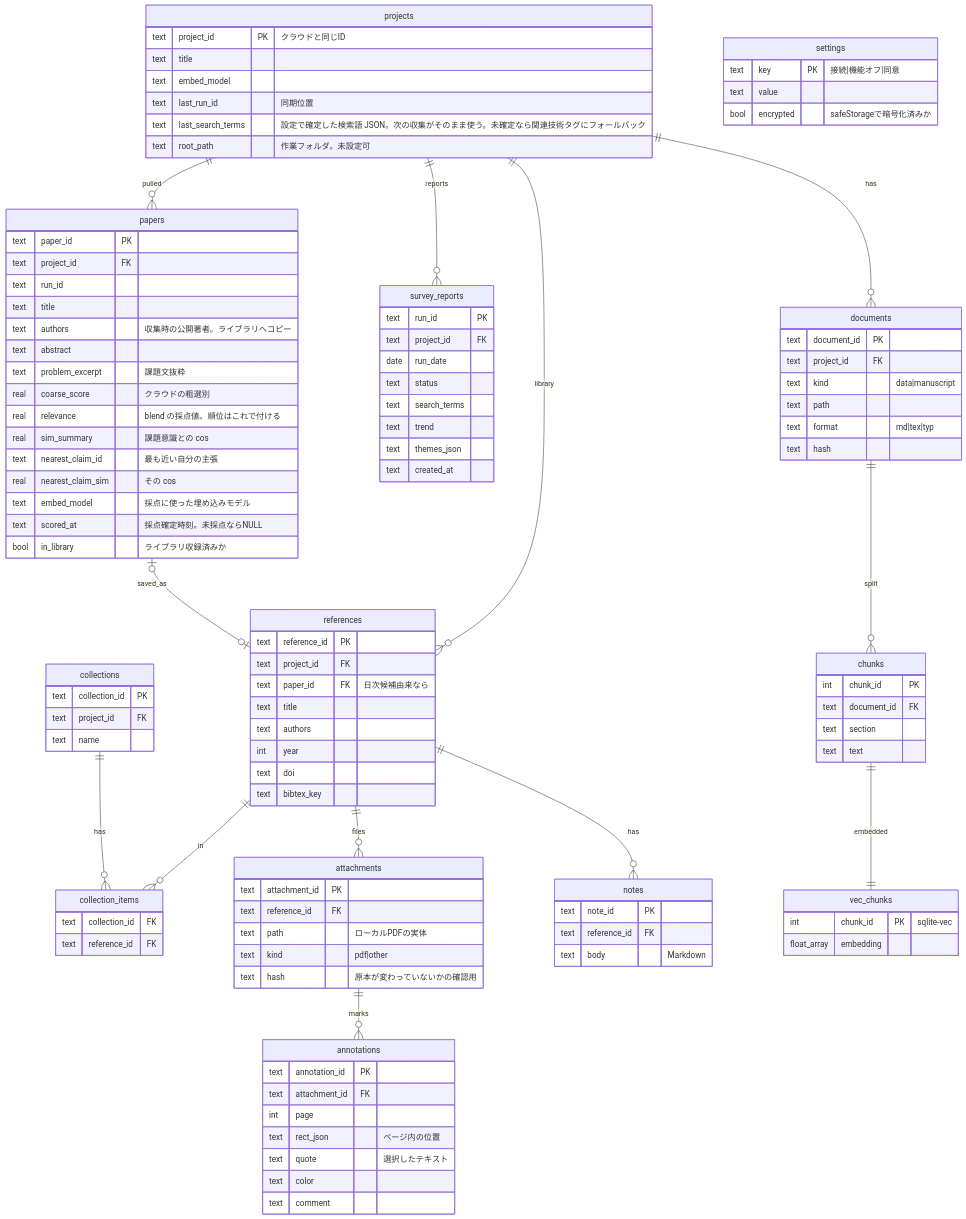
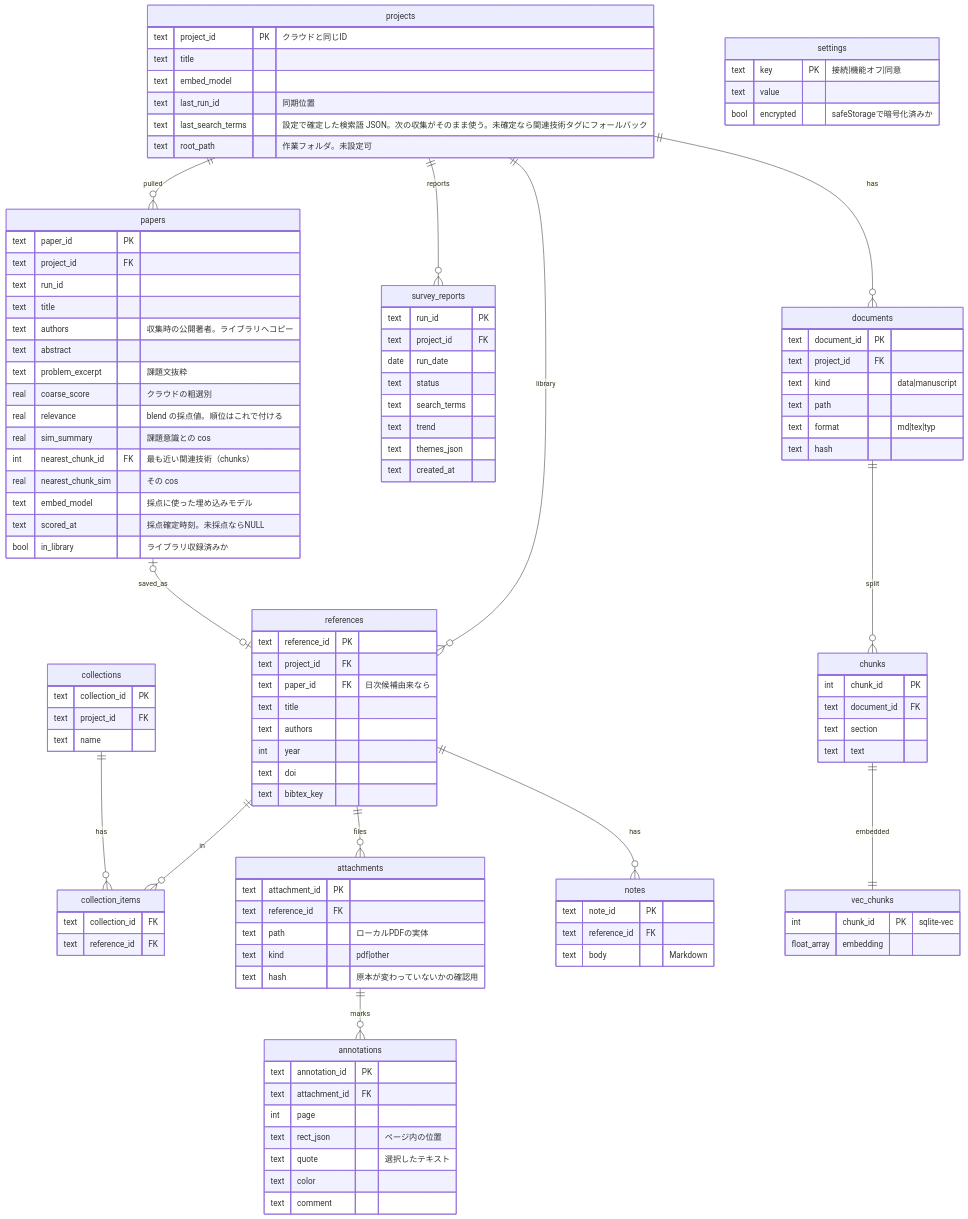
The second of 2 diagrams in docs/er-diagram.md (uzak0209/AI-Research), drawn with Mermaid before and after one commit.

Commit message:
fix: ER図 papers の nearest_claim_id を実装の nearest_chunk_id に合わせる
mermaidテーブル定義が改名前の列名・型・誤った意味づけ（「自分の主張」）のまま
残っており、同ファイル240行目の説明文やschema.sql・desktop/README.mdの記述と
自己矛盾していた（#94）。実装（nearest_chunk_id INTEGER、chunksへの最近傍）に
合わせて修正。

```diff
--- a/docs/er-diagram.md
+++ b/docs/er-diagram.md
@@ -134,8 +134,8 @@
         real coarse_score "クラウドの粗選別"
         real relevance "blend の採点値。順位はこれで付ける"
         real sim_summary "課題意識との cos"
-        text nearest_claim_id "最も近い自分の主張"
-        real nearest_claim_sim "その cos"
+        int nearest_chunk_id FK "最も近い関連技術（chunks）"
+        real nearest_chunk_sim "その cos"
         text embed_model "採点に使った埋め込みモデル"
         text scored_at "採点確定時刻。未採点ならNULL"
         bool in_library "ライブラリ収録済みか"
```
